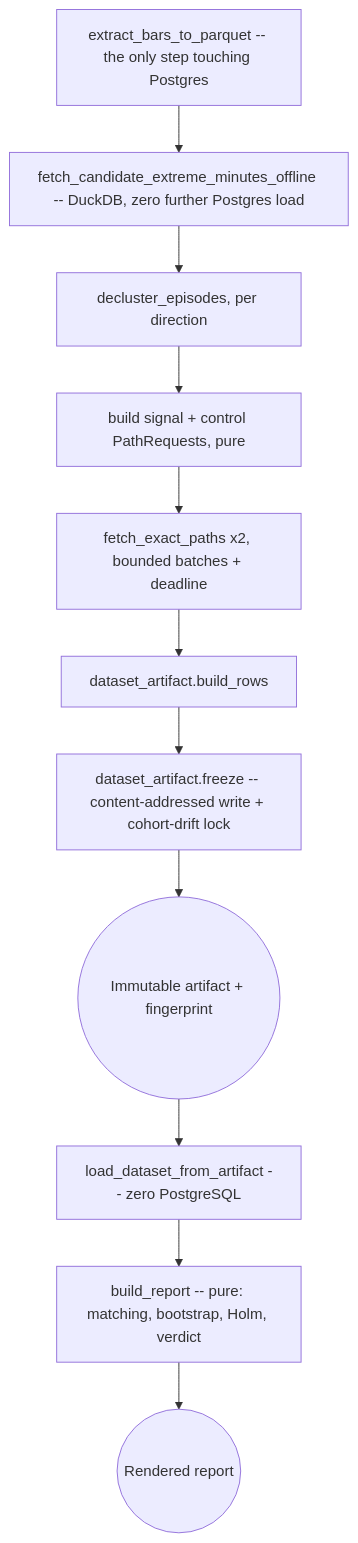
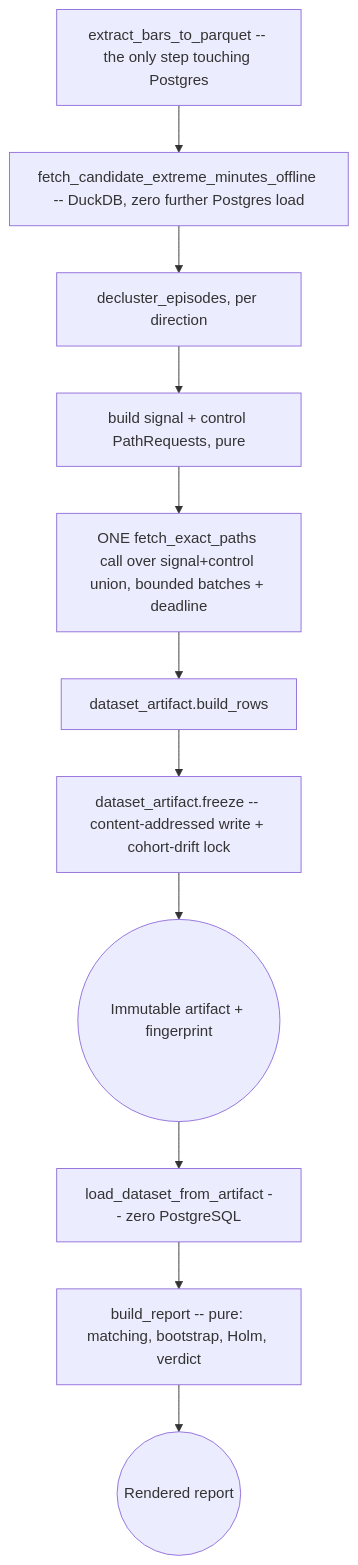
One commit to mavlevich/schurfer changed the diagram in docs/research/cex-activity-discovery-completion-v1.md. Above: the diagram before and after it, drawn with Mermaid. The commit also changed other lines of this file, not shown here.

````diff
--- a/docs/research/cex-activity-discovery-completion-v1.md
+++ b/docs/research/cex-activity-discovery-completion-v1.md
@@ -84,13 +84,13 @@
 ```mermaid
 flowchart TD
     A["extract_bars_to_parquet -- the only step touching Postgres"] --> B["fetch_candidate_extreme_minutes_offline -- DuckDB, zero further Postgres load"]
     B --> C["decluster_episodes, per direction"]
     C --> D["build signal + control PathRequests, pure"]
-    D --> E["fetch_exact_paths x2, bounded batches + deadline"]
+    D --> E["ONE fetch_exact_paths call over signal+control union, bounded batches + deadline"]
     E --> F["dataset_artifact.build_rows"]
     F --> G["dataset_artifact.freeze -- content-addressed write + cohort-drift lock"]
     G --> H(("Immutable artifact + fingerprint"))
     H --> I["load_dataset_from_artifact -- zero PostgreSQL"]
     I --> J["build_report -- pure: matching, bootstrap, Holm, verdict"]
     J --> K(("Rendered report"))
 ```
````
